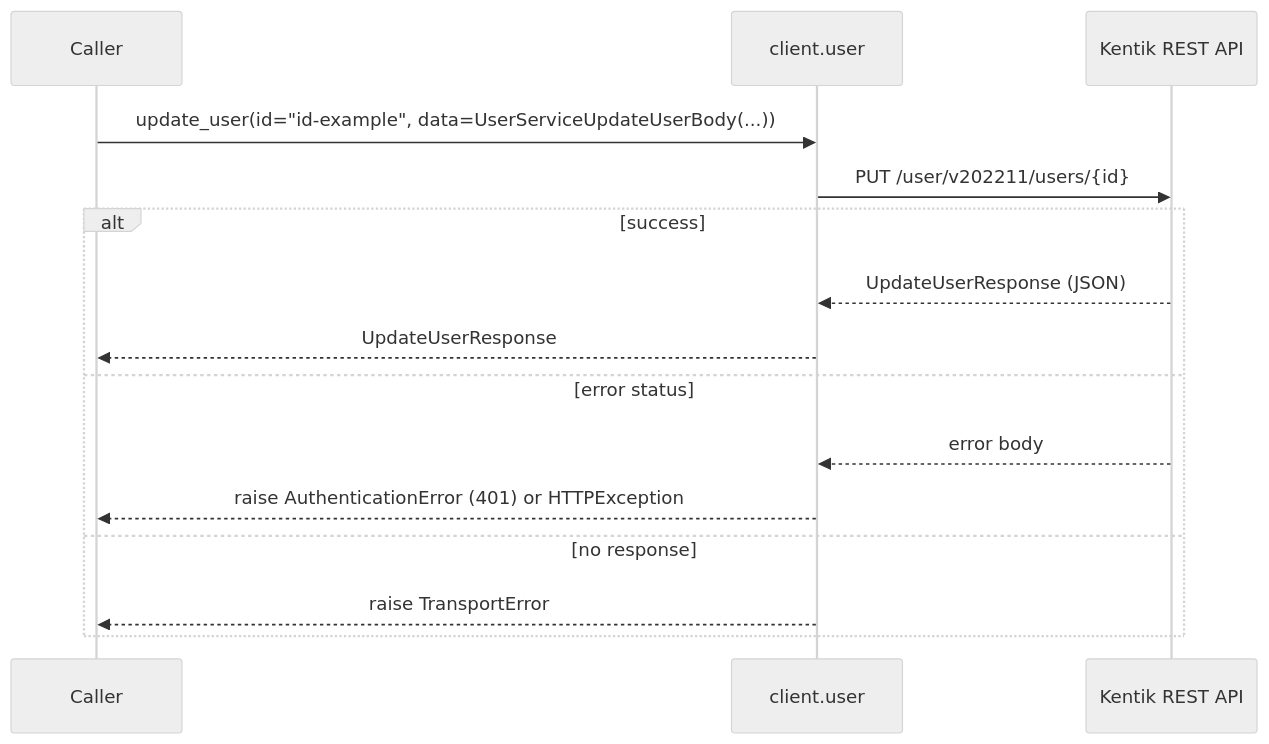
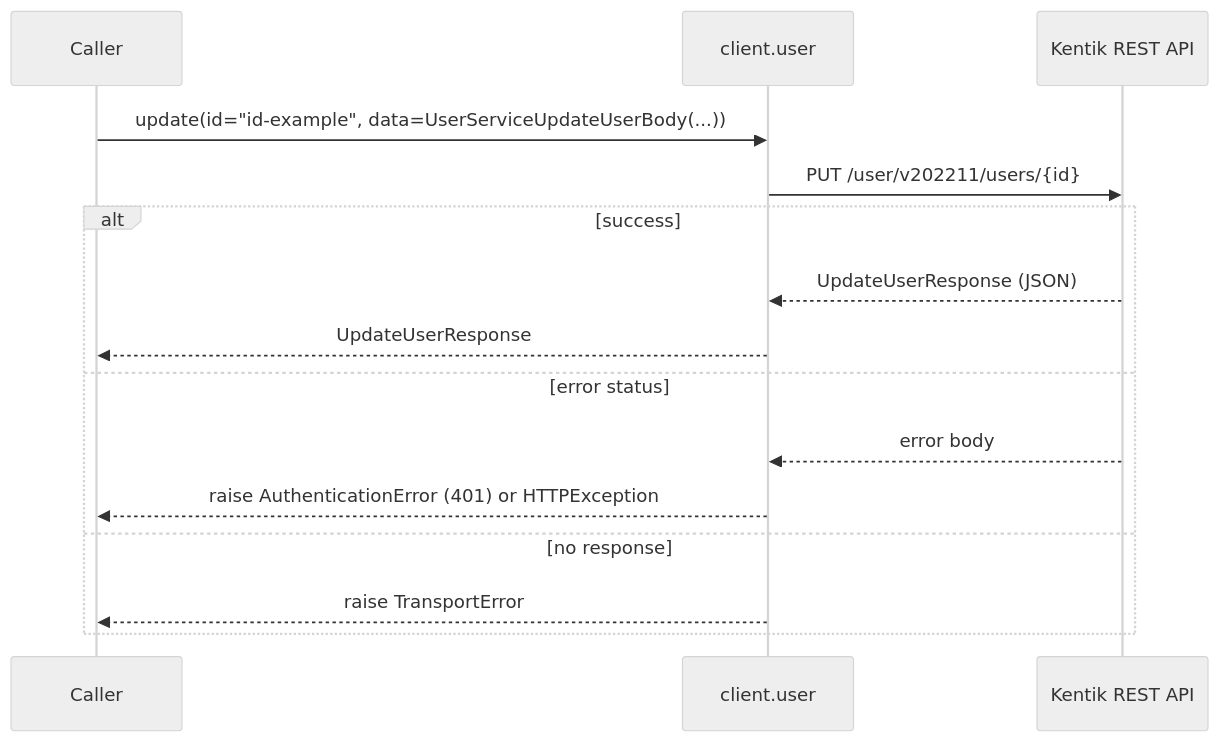
Before and after one commit to alexdearaujo/community_sdk_python: the eighth of 16 diagrams in docs/sphinx/services/user.md, drawn with Mermaid (neutral theme). The commit also changed other lines of this file and 119 other files, not shown here.

````diff
--- a/docs/sphinx/services/user.md
+++ b/docs/sphinx/services/user.md
@@ -259,18 +259,18 @@
 ```mermaid
 sequenceDiagram
     participant C as Caller
     participant W as client.user
     participant API as Kentik REST API
 
-    C->>W: update_user(id="id-example", data=UserServiceUpdateUserBody(...))
+    C->>W: update(id="id-example", data=UserServiceUpdateUserBody(...))
     W->>API: PUT /user/v202211/users/{id}
     alt success
         API-->>W: UpdateUserResponse (JSON)
         W-->>C: UpdateUserResponse
     else error status
         API-->>W: error body
         W-->>C: raise AuthenticationError (401) or HTTPException
     else no response
         W-->>C: raise TransportError
     end
 ```
````
